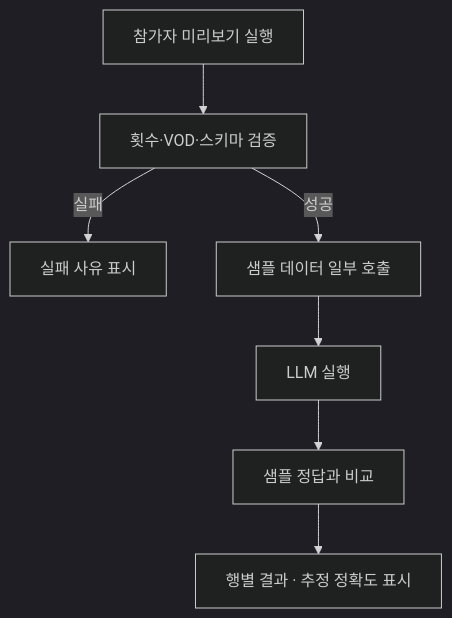
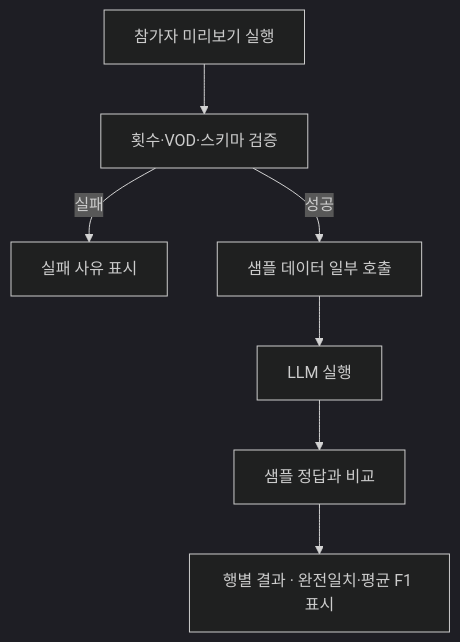
Before and after one commit to researcherhojin/rok-mnd-prompt-comp-2026: the fourth of 6 diagrams in request/system_functional_spec.md, drawn with Mermaid (dark theme). The commit also changed other lines of this file and 6 other files, not shown here.

````diff
--- a/request/system_functional_spec.md
+++ b/request/system_functional_spec.md
@@ -497,9 +497,9 @@
 ```mermaid
 flowchart TD
     A["참가자 미리보기 실행"] --> B["횟수·VOD·스키마 검증"]
     B -->|실패| C["실패 사유 표시"]
     B -->|성공| D["샘플 데이터 일부 호출"]
     D --> E["LLM 실행"]
     E --> F["샘플 정답과 비교"]
-    F --> G["행별 결과 · 추정 정확도 표시"]
+    F --> G["행별 결과 · 완전일치·평균 F1 표시"]
 ```
````
